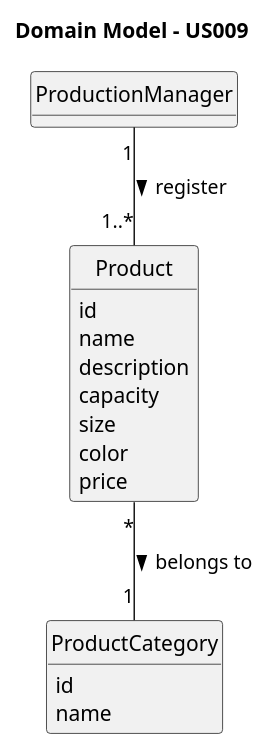
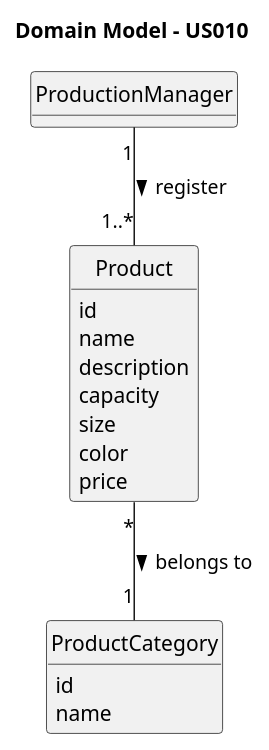
Before and after one commit to daniel41silva05/Production_Control_Industrial_ISEP: the diagram in documentation/user-stories/us010/02.analysis/puml/us010-domain-model.puml, drawn with PlantUML. The commit also changed 18 other files, not shown here.

Commit message:
US11 sequence diagram and tests

```diff
--- a/documentation/user-stories/us010/02.analysis/puml/us010-domain-model.puml
+++ b/documentation/user-stories/us010/02.analysis/puml/us010-domain-model.puml
@@ -1,34 +1,34 @@
 @startuml
 skinparam monochrome true
 skinparam packageStyle rectangle
 skinparam shadowing false
 
 skinparam classAttributeIconSize 0
 
 hide circle
 hide methods
 
-title Domain Model - US009
+title Domain Model - US010
 
 class ProductionManager {
 }
 
 class Product {
     id
     name
     description
     capacity
     size
     color
     price
 }
 
 class ProductCategory {
     id
     name
 }
 
 ProductionManager "1" -- "1..*" Product : register >
 Product "*" -- "1" ProductCategory : belongs to >
 
 @enduml
```
